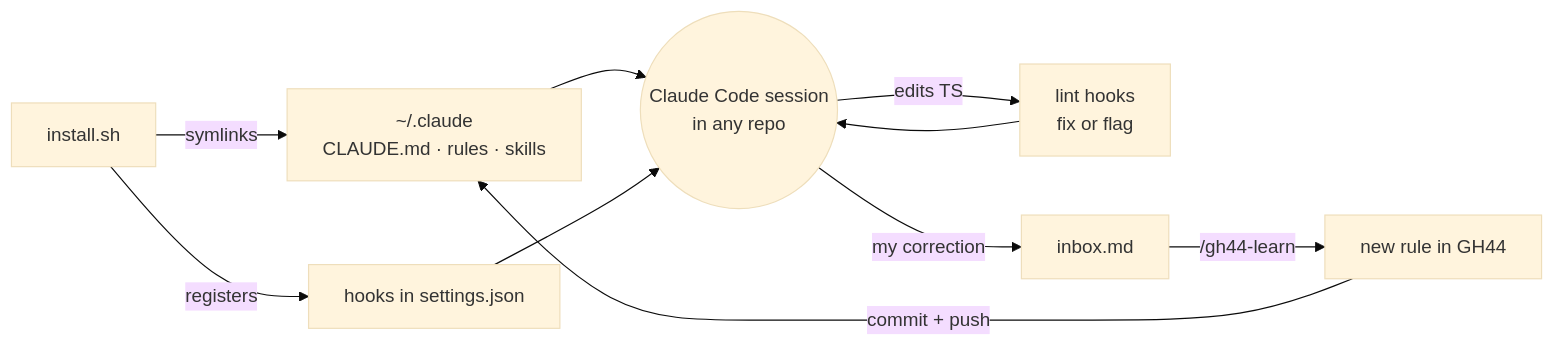
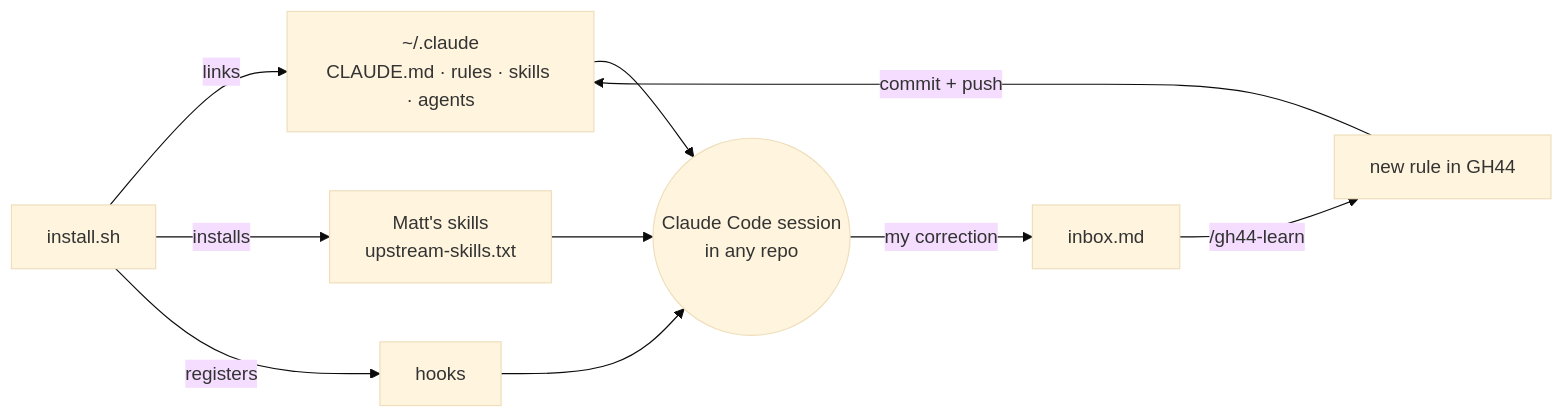
One commit to gentrithalili1/gh44 changed the first of 2 diagrams in README.md. Above: the diagram before and after it, drawn with Mermaid (base theme). The commit also changed other lines of this file and 2 other files, not shown here.

Commit message:
readme: shorter, same diagrams, stale details fixed

````diff
--- a/README.md
+++ b/README.md
@@ -48,12 +17,12 @@
 ```mermaid
 flowchart LR
-    I[install.sh] -->|symlinks| C["~/.claude<br/>CLAUDE.md · rules · skills"]
-    I -->|registers| H[hooks in settings.json]
+    I[install.sh] -->|links| C["~/.claude<br/>CLAUDE.md · rules · skills · agents"]
+    I -->|installs| U[Matt's skills<br/>upstream-skills.txt]
+    I -->|registers| H[hooks]
     C --> S((Claude Code session<br/>in any repo))
+    U --> S
     H --> S
-    S -->|edits TS| L[lint hooks<br/>fix or flag]
-    L --> S
     S -->|my correction| N[inbox.md]
     N -->|/gh44-learn| R[new rule in GH44]
     R -->|commit + push| C
 ```
````
